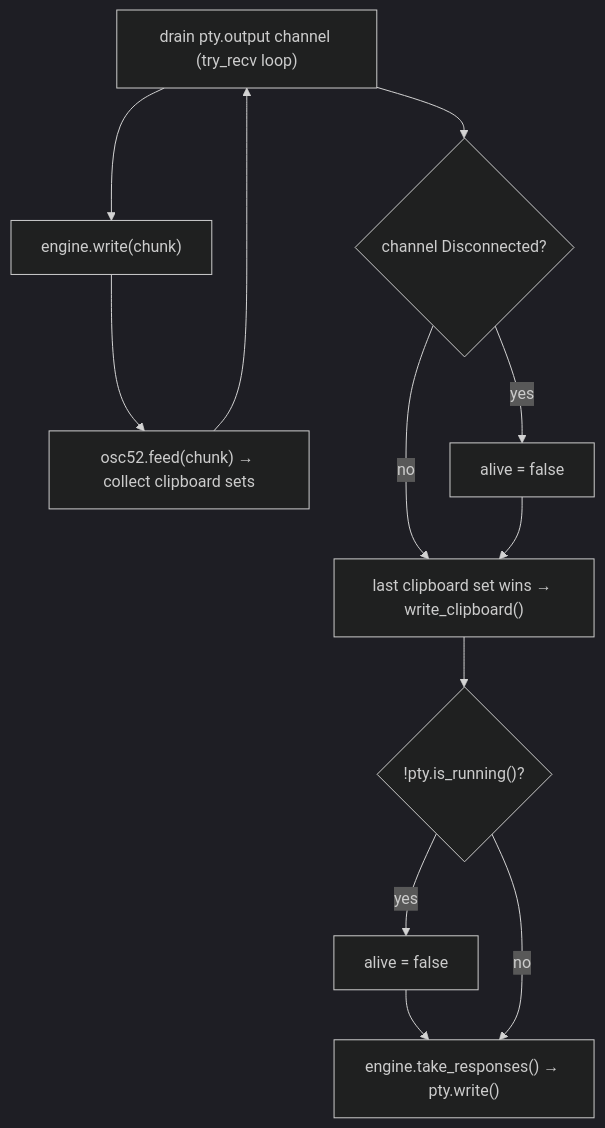
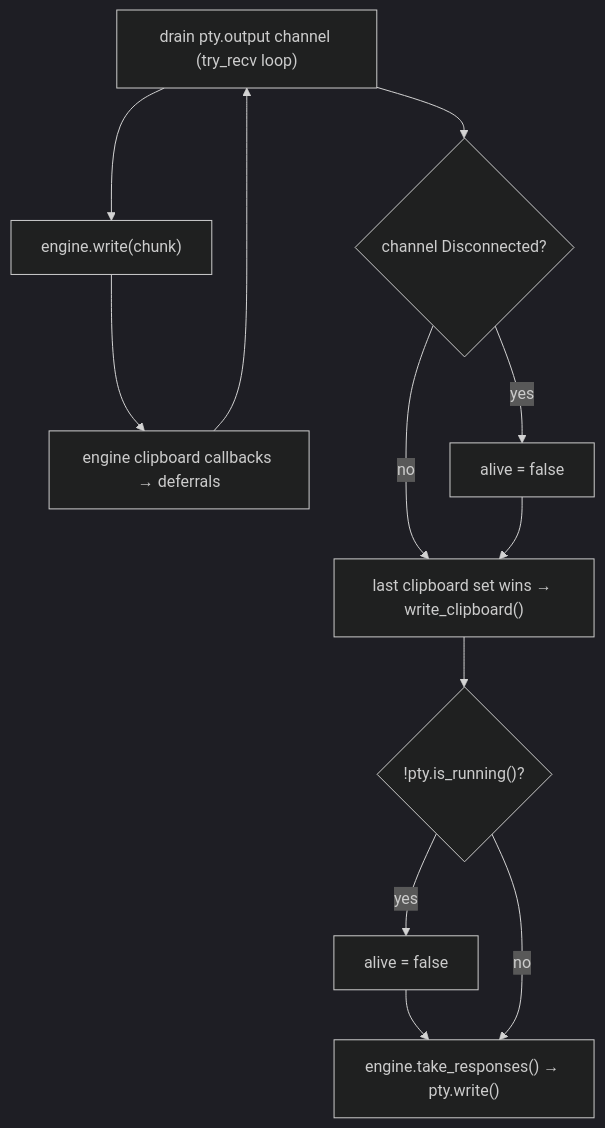
One commit to stvnksslr/geist changed the second of 3 diagrams in docs/components/session.md. Above: the diagram before and after it, drawn with Mermaid (dark theme). The commit also changed other lines of this file and 23 other files, not shown here.

First line of the commit message:
feat(clipboard): kitty OSC 5522 + paste events; OSC 52 and pwd from the engine

````diff
--- a/docs/components/session.md
+++ b/docs/components/session.md
@@ -27,21 +27,21 @@
 ```mermaid
 flowchart TB
     drain["drain pty.output channel (try_recv loop)"]
     write["engine.write(chunk)"]
-    feed["osc52.feed(chunk) → collect clipboard sets"]
+    feed["engine clipboard callbacks → deferrals"]
     disc{"channel Disconnected?"}
     deadc["alive = false"]
     clip["last clipboard set wins → write_clipboard()"]
     poll{"!pty.is_running()?"}
     deadp["alive = false"]
     resp["engine.take_responses() → pty.write()"]
 
     drain --> write --> feed --> drain
     drain --> disc
     disc -- yes --> deadc
     disc -- no --> clip
     deadc --> clip
     clip --> poll
     poll -- yes --> deadp --> resp
     poll -- no --> resp
 ```
````
